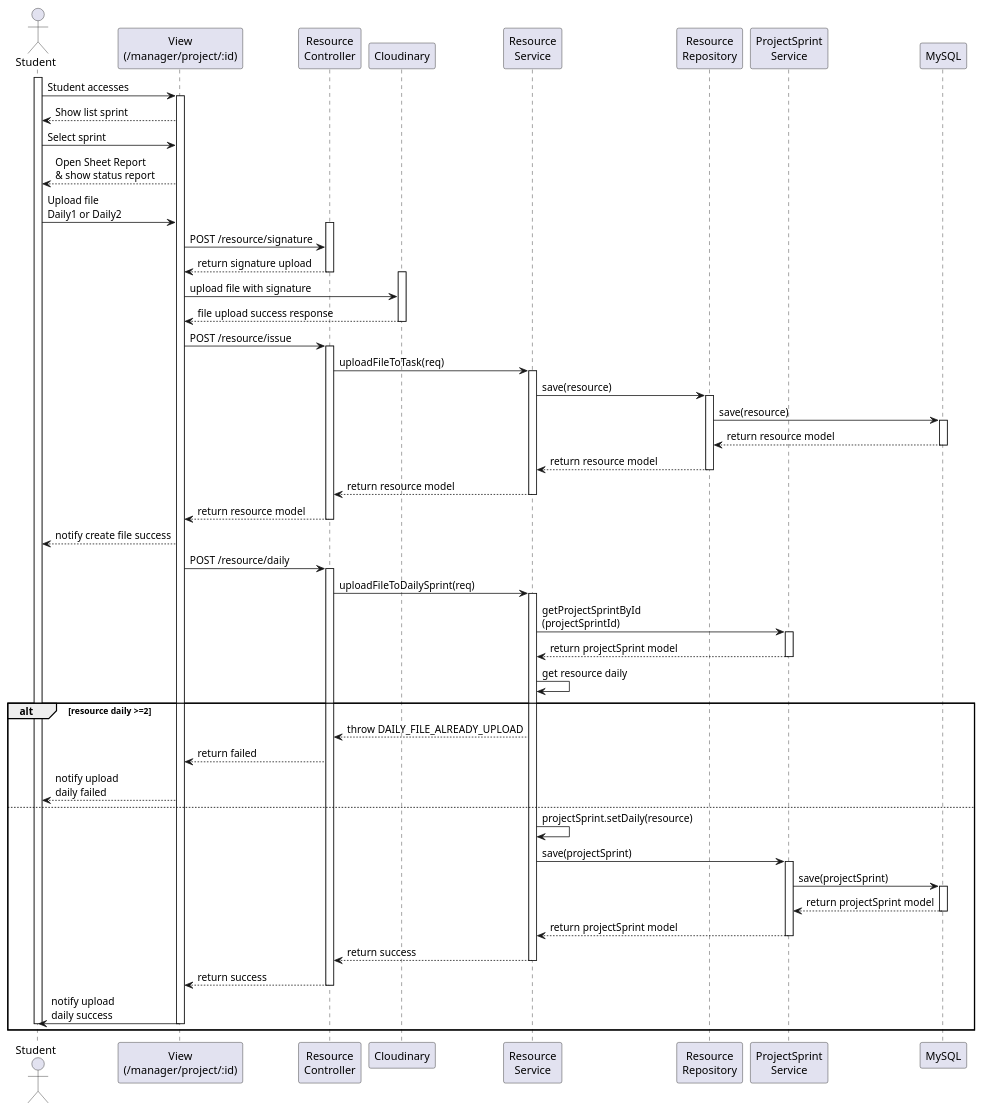
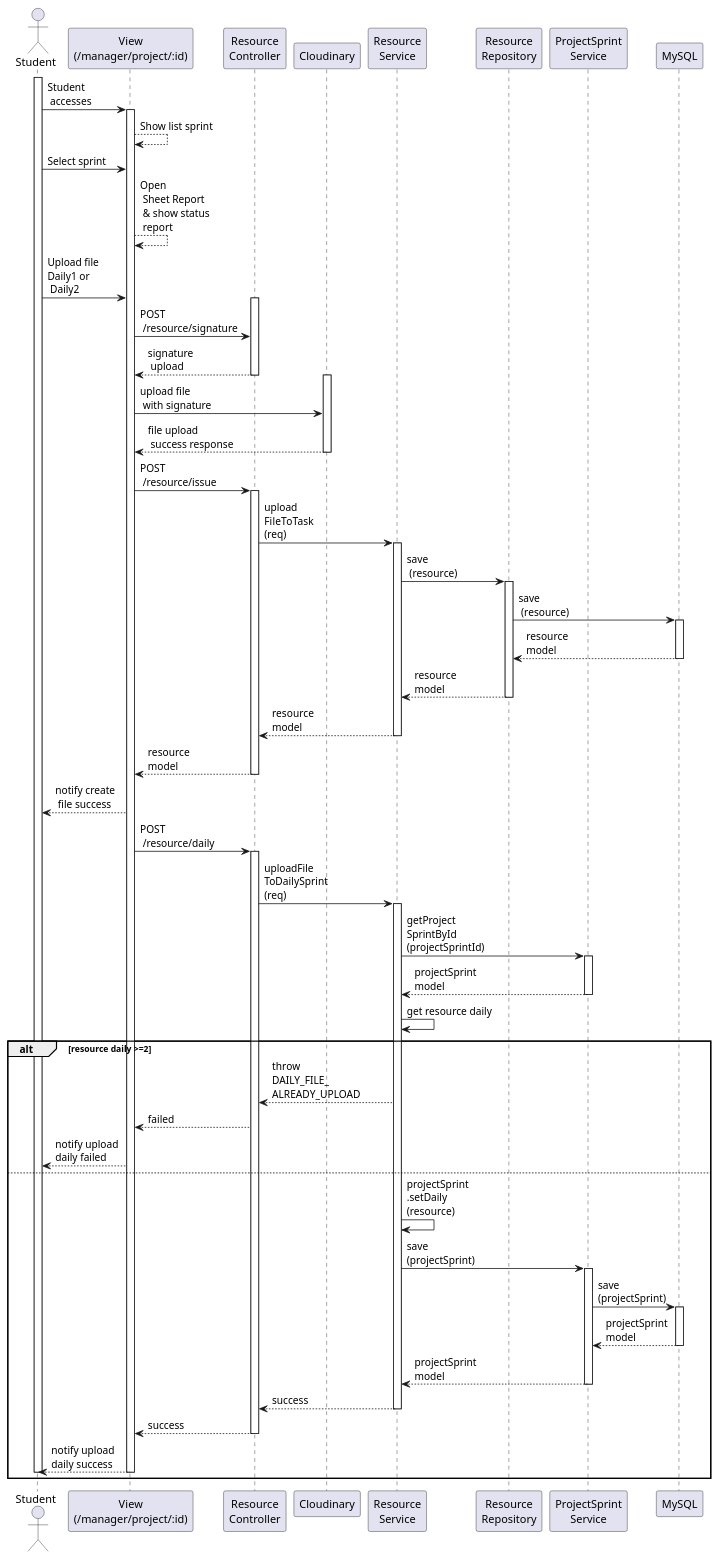
Before and after one commit to tandang2003/KLTN-Agile-Scrum-Tuan-Duc: the diagram in swagger/sequence/student/sprint_submit_report_daily.puml, drawn with PlantUML. The commit also changed 29 other files, not shown here.

Commit message:
add sequence

```diff
--- a/swagger/sequence/student/sprint_submit_report_daily.puml
+++ b/swagger/sequence/student/sprint_submit_report_daily.puml
@@ -1,80 +1,80 @@
 @startuml
 actor "Student" as SV
 participant "View\n(/manager/project/:id)" as View
 participant "Resource\nController" as Controller
 participant "Cloudinary" as Cloud
 participant "Resource\nService" as Service
 participant "Resource\nRepository" as Repo
 participant "ProjectSprint\nService" as PSS
 participant "MySQL" as MySQL
 
 activate SV
-SV -> View : Student accesses
+SV -> View : Student \n accesses
 activate View
-View --> SV : Show list sprint
+View --> View : Show list sprint
 SV -> View: Select sprint
-View --> SV: Open Sheet Report\n& show status report
-SV -> View: Upload file\nDaily1 or Daily2
+View --> View: Open \n Sheet Report\n & show status \n report
+SV -> View: Upload file\nDaily1 or \n Daily2
 activate Controller
-View -> Controller : POST /resource/signature
-Controller --> View: return signature upload
+View -> Controller : POST \n /resource/signature
+Controller --> View:  signature \n upload
 deactivate Controller
 activate Cloud
-View -> Cloud: upload file with signature
-Cloud --> View: file upload success response
+View -> Cloud: upload file \n with signature
+Cloud --> View: file upload \n success response
 deactivate Cloud
 
-View -> Controller: POST /resource/issue
+View -> Controller: POST \n /resource/issue
 activate Controller
-Controller -> Service: uploadFileToTask(req)
+Controller -> Service: upload\nFileToTask\n(req)
 activate Service
-Service -> Repo: save(resource)
+Service -> Repo: save \n (resource)
 activate Repo
-Repo -> MySQL: save(resource)
+Repo -> MySQL: save \n (resource)
 activate MySQL
-MySQL --> Repo: return resource model
+MySQL --> Repo:  resource \nmodel
 deactivate MySQL
-Repo --> Service: return resource model
+Repo --> Service:  resource \nmodel
 deactivate Repo
-Service --> Controller: return resource model
+Service --> Controller:  resource \nmodel
 deactivate Service
-Controller --> View: return resource model
+Controller --> View:  resource \nmodel
 deactivate Controller
-View --> SV: notify create file success
+View --> SV: notify create \n file success
 
-View -> Controller: POST /resource/daily
+View -> Controller: POST \n /resource/daily
 activate Controller
-Controller -> Service : uploadFileToDailySprint(req)
+Controller -> Service : uploadFile\nToDailySprint\n(req)
 activate Service
-Service -> PSS: getProjectSprintById\n(projectSprintId)
+Service -> PSS: getProject\nSprintById\n(projectSprintId)
 activate PSS
-PSS --> Service: return projectSprint model
+PSS --> Service:  projectSprint \nmodel
 deactivate PSS
 Service -> Service: get resource daily
 alt resource daily >=2
-  Service --> Controller: throw DAILY_FILE_ALREADY_UPLOAD
-  Controller --> View: return failed
+  Service --> Controller: throw \nDAILY_FILE_\nALREADY_UPLOAD
+  Controller --> View:  failed
   View --> SV: notify upload\ndaily failed
 else
 
-  Service -> Service: projectSprint.setDaily(resource)
-  Service -> PSS: save(projectSprint)
+  Service -> Service: projectSprint\n.setDaily\n(resource)
+  Service -> PSS: save\n(projectSprint)
   activate PSS
-  PSS -> MySQL: save(projectSprint)
+  PSS -> MySQL: save\n(projectSprint)
   activate MySQL
-  MySQL --> PSS: return projectSprint model
+  MySQL --> PSS:  projectSprint \nmodel
   deactivate MySQL
-  PSS --> Service: return projectSprint model
+  PSS --> Service:  projectSprint \nmodel
   deactivate PSS
 
-  Service --> Controller : return success
+  Service --> Controller :  success
   deactivate Service
 
-  Controller --> View : return success
+  Controller --> View :  success
   deactivate Controller
 
-  View -> SV : notify upload\ndaily success
+  View --> SV : notify upload\ndaily success
   deactivate View
   deactivate SV
 end
 @enduml
```
